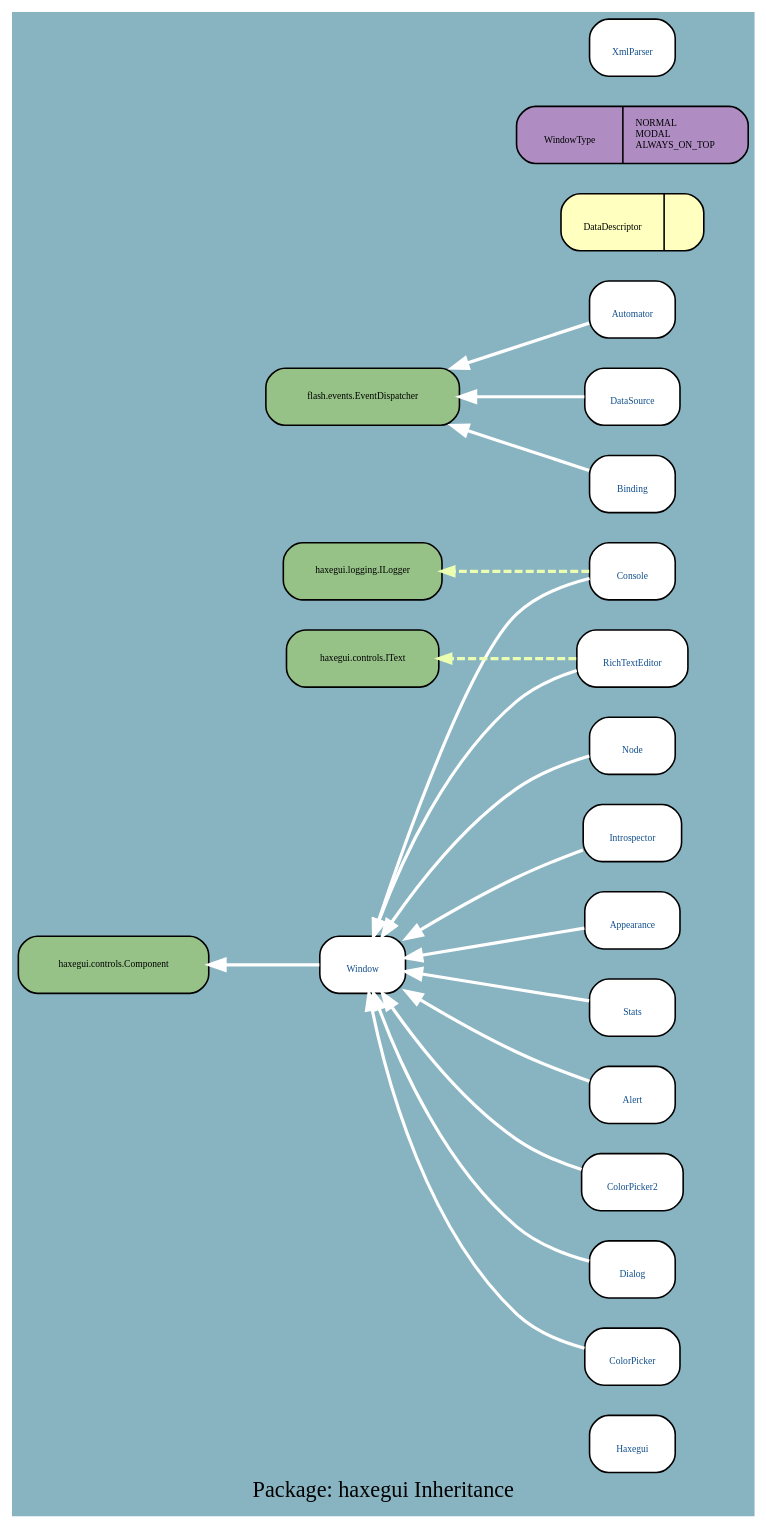
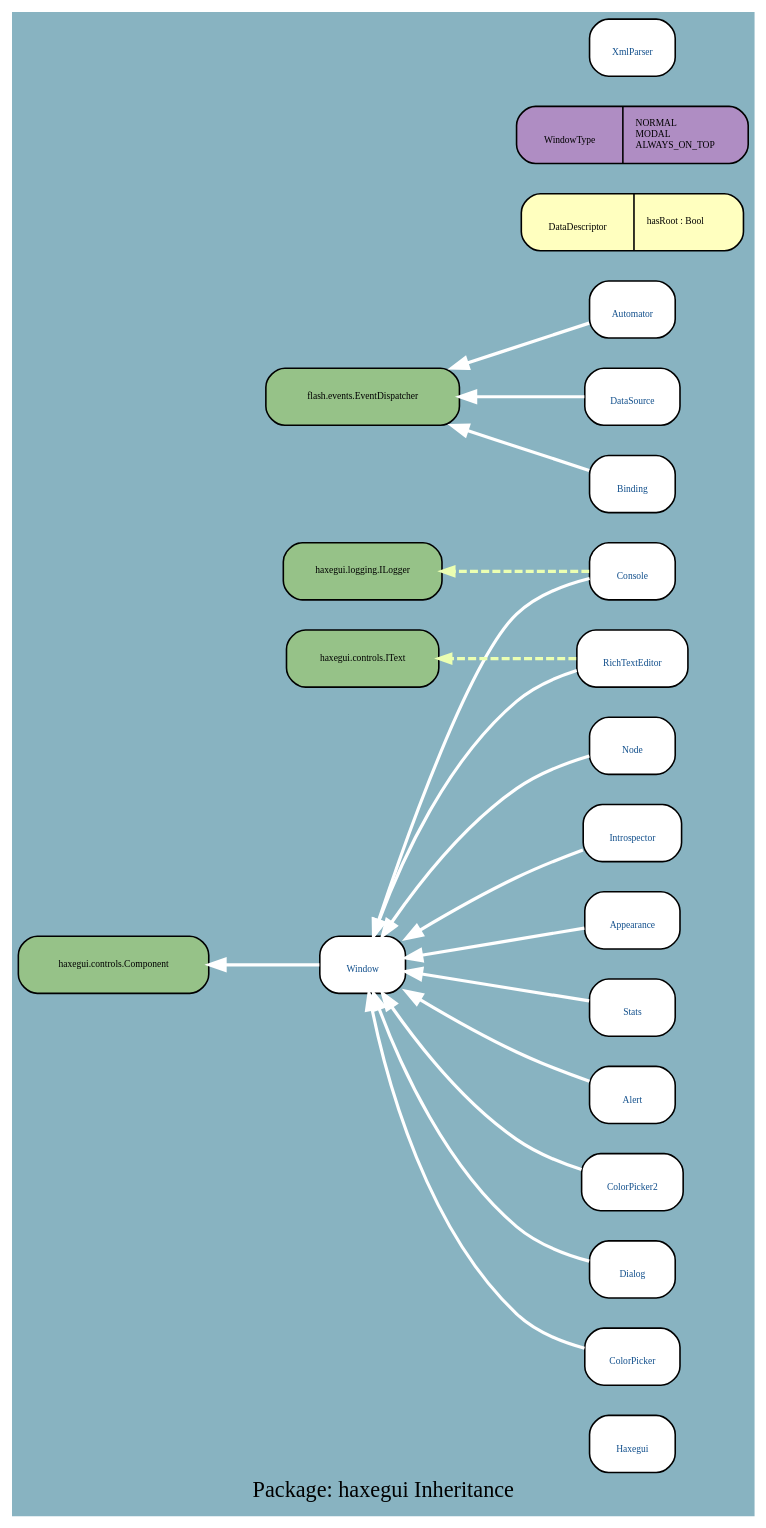
The diagram in docs/uml/haxegui_I.dot (google-code-export/haxegui), drawn with Graphviz before and after one commit. The commit also changed 160 other files, not shown here.

```diff
--- a/docs/uml/haxegui_I.dot
+++ b/docs/uml/haxegui_I.dot
@@ -1,45 +1,45 @@
 digraph uml {
 	graph [label="Package: haxegui Inheritance", ratio=compress, rankdir=RL, smoothing=avg_dist, overlap=compress, packMode="graph", labelloc=c, fontname="DejaVu Sans Condenesed", fontsize=14, bgcolor="#88B3C1", fontcolor=black];
 	node [label="\N", style="rounded,filled", fillcolor="#96c288", fontcolor="#104E8B", fontname="FFF Harmony", fontsize=6, shape=record, color=black];
 	edge [fontname=Sans, fontsize=8, minlen="1.2", color=black, fontcolor=black];
 	graph [lp="232,12",
 		bb="0,0,464,925"];
 	"haxegui.Haxegui" [label="{\nHaxegui}", fillcolor=white, URL="../types/haxegui/Haxegui.html", tooltip="\nHaxegui", portPos=w, pos="390,43", rects="363,25,417,61", width="0.75", height="0.50"];
 	"haxegui.Window" [label="{\nWindow}", fillcolor=white, URL="../types/haxegui/Window.html", tooltip="\nWindow", portPos=w, pos="218,340", rects="191,322,245,358", width="0.75", height="0.50"];
 	"haxegui.controls.Component" [fontcolor=black, pos="60,340", rects="0,322,120,358", width="1.67", height="0.50"];
 	"haxegui.Dialog" [label="{\nDialog}", fillcolor=white, URL="../types/haxegui/Dialog.html", tooltip="\nDialog", portPos=w, pos="390,151", rects="363,133,417,169", width="0.75", height="0.50"];
 	"haxegui.Console" [label="{\nConsole}", fillcolor=white, URL="../types/haxegui/Console.html", tooltip="\nConsole", portPos=w, pos="390,583", rects="363,565,417,601", width="0.75", height="0.50"];
 	"haxegui.logging.ILogger" [fontcolor=black, pos="218,583", rects="168,565,269,601", width="1.39", height="0.50"];
 	"haxegui.Automator" [label="{\nAutomator}", fillcolor=white, URL="../types/haxegui/Automator.html", tooltip="\nAutomator", portPos=w, pos="390,745", rects="363,727,418,763", width="0.75", height="0.50"];
 	"flash.events.EventDispatcher" [fontcolor=black, pos="218,691", rects="157,673,280,709", width="1.69", height="0.50"];
 	"haxegui.RichTextEditor" [label="{\nRichTextEditor}", fillcolor=white, URL="../types/haxegui/RichTextEditor.html", tooltip="\nRichTextEditor", portPos=w, pos="390,529", rects="355,511,426,547", width="0.97", height="0.50"];
 	"haxegui.controls.IText" [fontcolor=black, pos="218,529", rects="170,511,266,547", width="1.33", height="0.50"];
-	"haxegui.DataDescriptor" [label="{\nDataDescriptor|}", fillcolor="#ffffbf", fontcolor=black, pos="390,799", rects="345,781,417,817 417,781,435,817", width="1.25", height="0.50"];
+	"haxegui.DataDescriptor" [label="{\nDataDescriptor|hasRoot : Bool\l}", fillcolor="#ffffbf", fontcolor=black, pos="390,799", rects="320,781,392,817 392,781,460,817", width="1.94", height="0.50"];
 	"haxegui.DataSource" [label="{\nDataSource}", fillcolor=white, URL="../types/haxegui/DataSource.html", tooltip="\nDataSource", portPos=w, pos="390,691", rects="360,673,420,709", width="0.83", height="0.50"];
 	"haxegui.WindowType" [label="{\nWindowType|NORMAL\lMODAL\lALWAYS_ON_TOP\l}", fillcolor="#af8dc3", fontcolor=black, pos="390,853", rects="317,835,380,871 380,835,464,871", width="2.03", height="0.50"];
 	"haxegui.ColorPicker" [label="{\nColorPicker}", fillcolor=white, URL="../types/haxegui/ColorPicker.html", tooltip="\nColorPicker", portPos=w, pos="390,97", rects="360,79,420,115", width="0.83", height="0.50"];
 	"haxegui.XmlParser" [label="{\nXmlParser}", fillcolor=white, URL="../types/haxegui/XmlParser.html", tooltip="\nXmlParser", portPos=w, pos="390,907", rects="363,889,417,925", width="0.75", height="0.50"];
 	"haxegui.Node" [label="{\nNode}", fillcolor=white, URL="../types/haxegui/Node.html", tooltip="\nNode", portPos=w, pos="390,475", rects="363,457,417,493", width="0.75", height="0.50"];
 	"haxegui.Introspector" [label="{\nIntrospector}", fillcolor=white, URL="../types/haxegui/Introspector.html", tooltip="\nIntrospector", portPos=w, pos="390,421", rects="359,403,421,439", width="0.86", height="0.50"];
 	"haxegui.Appearance" [label="{\nAppearance}", fillcolor=white, URL="../types/haxegui/Appearance.html", tooltip="\nAppearance", portPos=w, pos="390,367", rects="360,349,421,385", width="0.83", height="0.50"];
 	"haxegui.Stats" [label="{\nStats}", fillcolor=white, URL="../types/haxegui/Stats.html", tooltip="\nStats", portPos=w, pos="390,313", rects="363,295,417,331", width="0.75", height="0.50"];
 	"haxegui.Binding" [label="{\nBinding}", fillcolor=white, URL="../types/haxegui/Binding.html", tooltip="\nBinding", portPos=w, pos="390,637", rects="363,619,417,655", width="0.75", height="0.50"];
 	"haxegui.Alert" [label="{\nAlert}", fillcolor=white, URL="../types/haxegui/Alert.html", tooltip="\nAlert", portPos=w, pos="390,259", rects="363,241,417,277", width="0.75", height="0.50"];
 	"haxegui.ColorPicker2" [label="{\nColorPicker2}", fillcolor=white, URL="../types/haxegui/ColorPicker2.html", tooltip="\nColorPicker2", portPos=w, pos="390,205", rects="358,187,423,223", width="0.89", height="0.50"];
 	"haxegui.Window" -> "haxegui.controls.Component" [color=white, style=bold, arrowhead=normal, arrowsize="1.0", pos="e,120,340 191,340 175,340 152,340 130,340"];
 	"haxegui.Dialog" -> "haxegui.Window" [color=white, style=bold, arrowhead=normal, arrowsize="1.0", pos="e,224,322 363,156 348,160 329,167 316,178 272,215 242,277 228,313"];
 	"haxegui.Console" -> "haxegui.Window" [color=white, style=bold, arrowhead=normal, arrowsize="1.0", pos="e,224,358 363,578 347,574 329,568 316,556 287,529 246,420 227,368"];
 	"haxegui.Console" -> "haxegui.logging.ILogger" [color="#ebffb2", style="dashed, bold", arrowhead=normal, arrowsize="0.75", pos="e,269,583 363,583 340,583 306,583 277,583"];
 	"haxegui.Automator" -> "flash.events.EventDispatcher" [color=white, style=bold, arrowhead=normal, arrowsize="1.0", pos="e,276,709 363,736 343,730 313,720 286,712"];
 	"haxegui.RichTextEditor" -> "haxegui.Window" [color=white, style=bold, arrowhead=normal, arrowsize="1.0", pos="e,224,358 355,521 342,517 327,511 316,502 272,465 242,403 228,367"];
 	"haxegui.RichTextEditor" -> "haxegui.controls.IText" [color="#ebffb2", style="dashed, bold", arrowhead=normal, arrowsize="0.75", pos="e,266,529 355,529 331,529 300,529 274,529"];
 	"haxegui.DataSource" -> "flash.events.EventDispatcher" [color=white, style=bold, arrowhead=normal, arrowsize="1.0", pos="e,280,691 360,691 341,691 315,691 290,691"];
 	"haxegui.ColorPicker" -> "haxegui.Window" [color=white, style=bold, arrowhead=normal, arrowsize="1.0", pos="e,221,322 360,103 345,107 328,113 316,124 260,176 233,266 223,312"];
 	"haxegui.Node" -> "haxegui.Window" [color=white, style=bold, arrowhead=normal, arrowsize="1.0", pos="e,230,358 363,468 348,464 330,457 316,448 283,426 254,390 236,366"];
 	"haxegui.Introspector" -> "haxegui.Window" [color=white, style=bold, arrowhead=normal, arrowsize="1.0", pos="e,245,357 359,411 345,407 330,401 316,394 295,385 272,372 254,362"];
 	"haxegui.Appearance" -> "haxegui.Window" [color=white, style=bold, arrowhead=normal, arrowsize="1.0", pos="e,245,344 360,362 330,358 286,351 255,346"];
 	"haxegui.Stats" -> "haxegui.Window" [color=white, style=bold, arrowhead=normal, arrowsize="1.0", pos="e,245,336 363,317 333,322 287,329 255,334"];
 	"haxegui.Binding" -> "flash.events.EventDispatcher" [color=white, style=bold, arrowhead=normal, arrowsize="1.0", pos="e,276,673 363,646 343,652 313,662 286,670"];
 	"haxegui.Alert" -> "haxegui.Window" [color=white, style=bold, arrowhead=normal, arrowsize="1.0", pos="e,245,324 363,268 349,273 331,279 316,286 295,295 272,308 254,318"];
 	"haxegui.ColorPicker2" -> "haxegui.Window" [color=white, style=bold, arrowhead=normal, arrowsize="1.0", pos="e,230,322 358,213 344,218 329,224 316,232 283,254 254,290 236,314"];
 }
```
